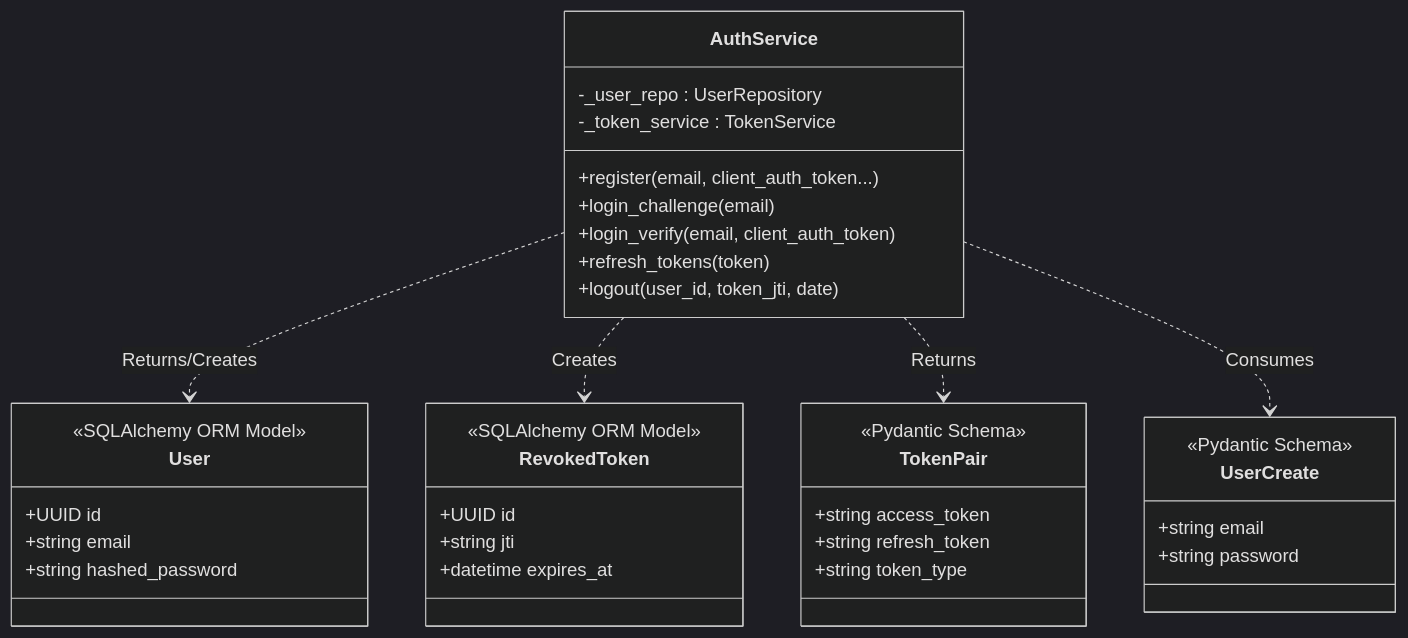
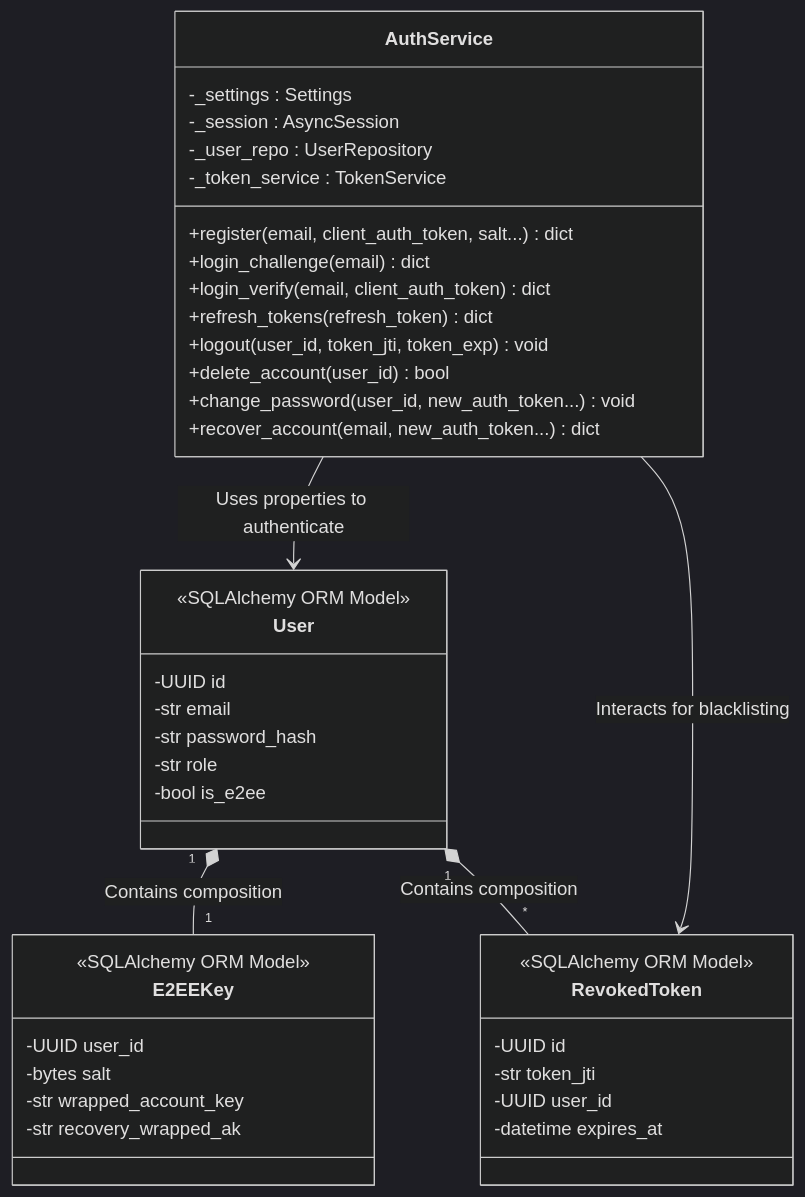
The second of 2 diagrams in docs/P4_Module_Auth.md (shashigemini/cs698-repo), drawn with Mermaid (dark theme) before and after one commit. The commit also changed other lines of this file, not shown here.

Commit message:
feat: Add detailed module specification for the Authentication service.

````diff
--- a/docs/P4_Module_Auth.md
+++ b/docs/P4_Module_Auth.md
@@ -88,43 +152,47 @@
 ```mermaid
 classDiagram
     class AuthService {
+        -_settings : Settings
+        -_session : AsyncSession
         -_user_repo : UserRepository
         -_token_service : TokenService
-        +register(email, client_auth_token...)
-        +login_challenge(email)
-        +login_verify(email, client_auth_token)
-        +refresh_tokens(token)
-        +logout(user_id, token_jti, date)
+        +register(email, client_auth_token, salt...) dict
+        +login_challenge(email) dict
+        +login_verify(email, client_auth_token) dict
+        +refresh_tokens(refresh_token) dict
+        +logout(user_id, token_jti, token_exp) void
+        +delete_account(user_id) bool
+        +change_password(user_id, new_auth_token...) void
+        +recover_account(email, new_auth_token...) dict
     }
     
     class User {
         <<SQLAlchemy ORM Model>>
-        +UUID id
-        +string email
-        +string hashed_password
+        -UUID id
+        -str email
+        -str password_hash
+        -str role
+        -bool is_e2ee
     }
+    
     class RevokedToken {
         <<SQLAlchemy ORM Model>>
-        +UUID id
-        +string jti
-        +datetime expires_at
+        -UUID id
+        -str token_jti
+        -UUID user_id
+        -datetime expires_at
     }
     
-    class TokenPair {
-        <<Pydantic Schema>>
-        +string access_token
-        +string refresh_token
-        +string token_type
-    }
-    
-    class UserCreate {
-        <<Pydantic Schema>>
-        +string email
-        +string password
+    class E2EEKey {
+        <<SQLAlchemy ORM Model>>
+        -UUID user_id
+        -bytes salt
+        -str wrapped_account_key
+        -str recovery_wrapped_ak
     }
 
-    AuthService ..> User : Returns/Creates
-    AuthService ..> RevokedToken : Creates
-    AuthService ..> TokenPair : Returns
-    AuthService ..> UserCreate : Consumes
+    AuthService --> User : Uses properties to authenticate
+    AuthService --> RevokedToken : Interacts for blacklisting
+    User "1" *-- "1" E2EEKey : Contains composition
+    User "1" *-- "*" RevokedToken : Contains composition
 ```
````
